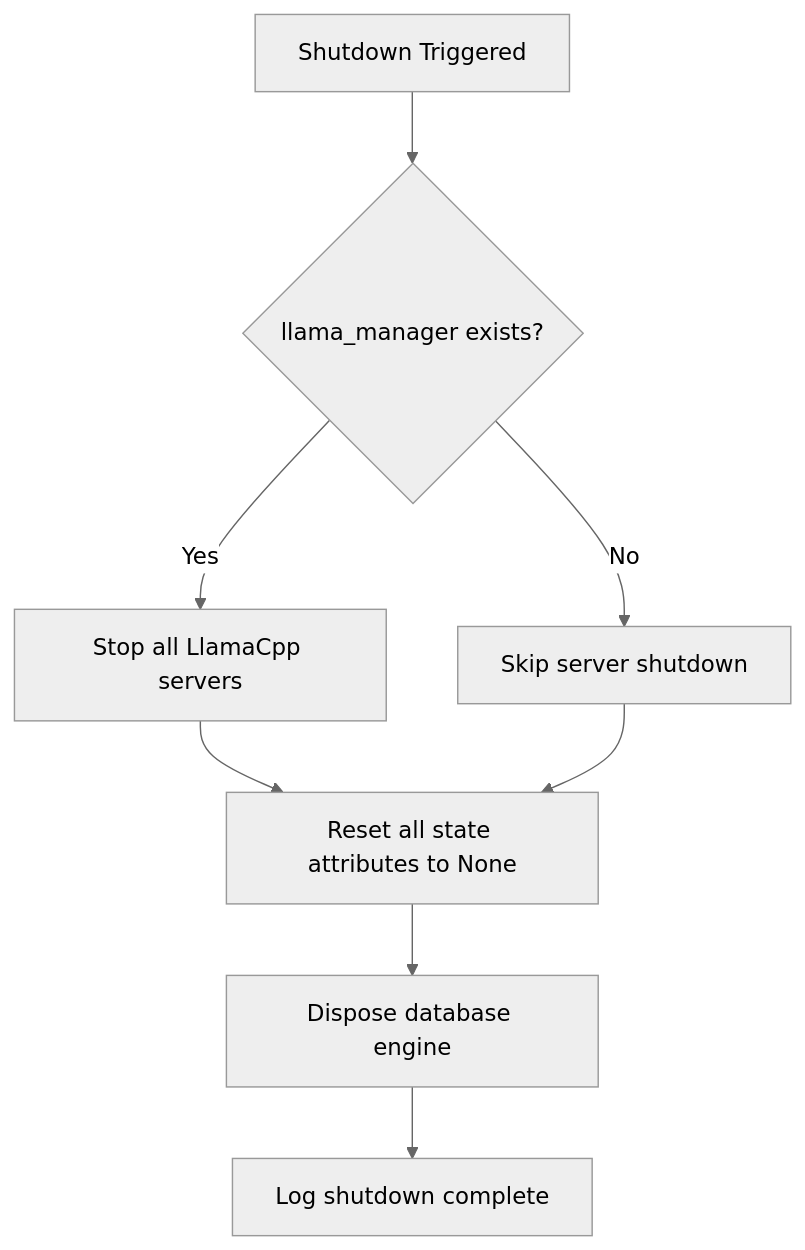
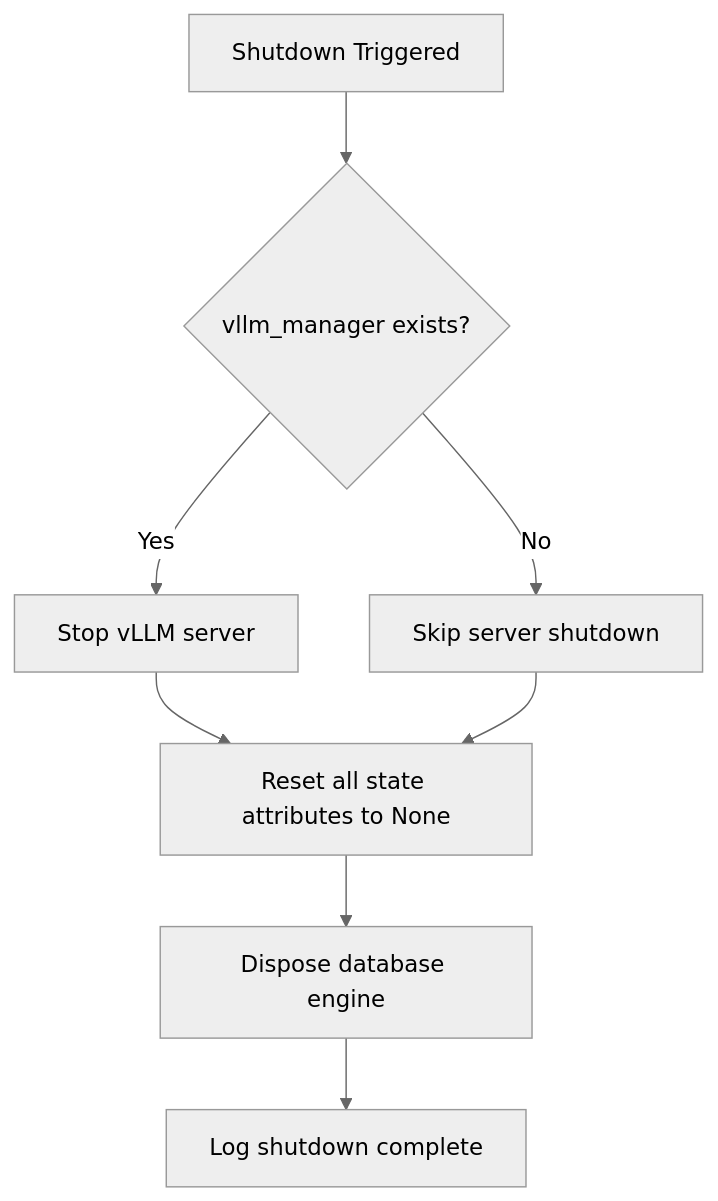
One commit to malvavisc0/aria changed the second of 2 diagrams in docs/web-ui-initialization.md. Above: the diagram before and after it, drawn with Mermaid (neutral theme). The commit also changed other lines of this file and 5 other files, not shown here.

````diff
--- a/docs/web-ui-initialization.md
+++ b/docs/web-ui-initialization.md
@@ -393,10 +396,10 @@
 ```mermaid
 flowchart TB
-    A[Shutdown Triggered] --> B{llama_manager exists?}
-    B -->|Yes| C[Stop all LlamaCpp servers]
+    A[Shutdown Triggered] --> B{vllm_manager exists?}
+    B -->|Yes| C[Stop vLLM server]
     B -->|No| D[Skip server shutdown]
     C --> E[Reset all state attributes to None]
     D --> E
     E --> F[Dispose database engine]
     F --> G[Log shutdown complete]
 ```
````
